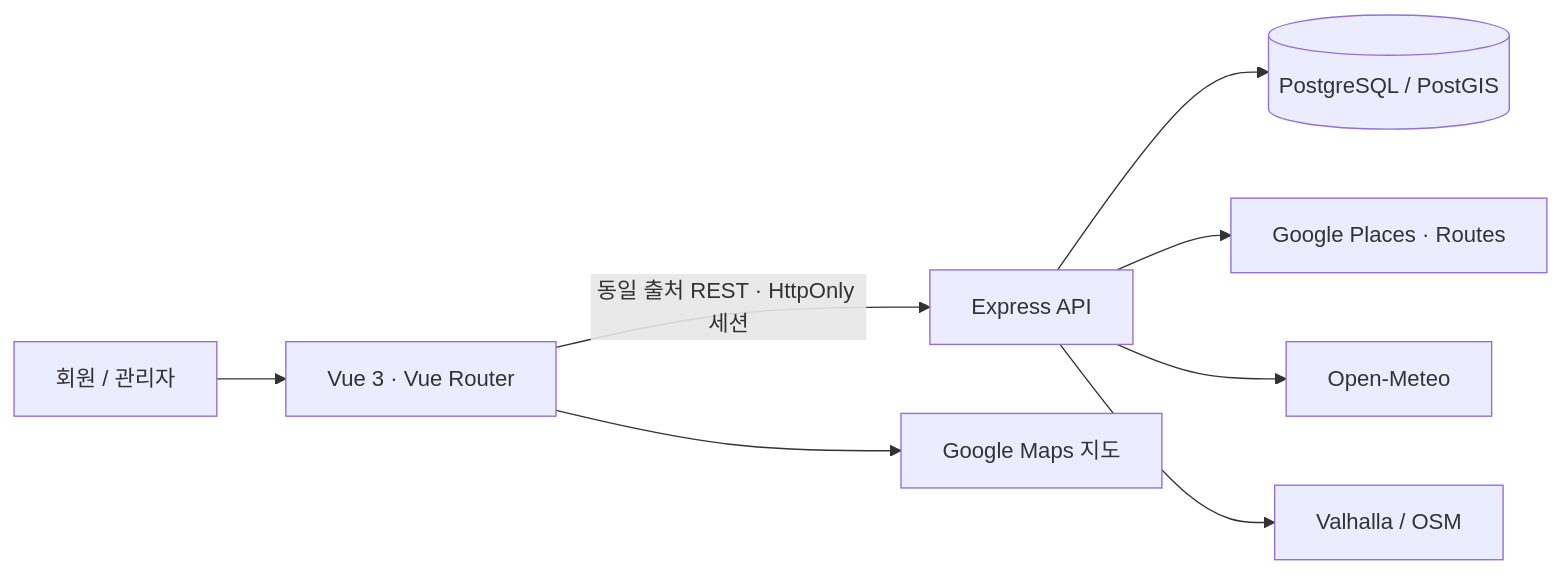
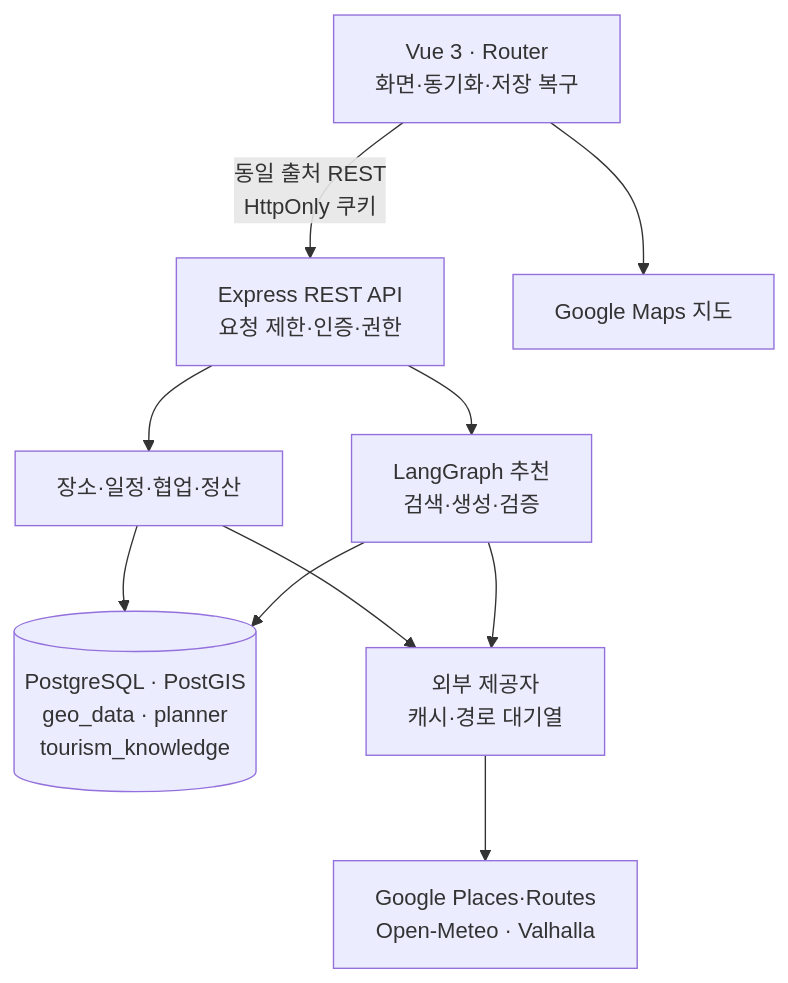
One commit to cres17/bookhaedo changed the second of 6 diagrams in README.md. Above: the diagram before and after it, drawn with Mermaid. The commit also changed other lines of this file, not shown here.

Commit message:
docs: align README with v2 architecture and workflows

````diff
--- a/README.md
+++ b/README.md
@@ -132,10 +136,12 @@
 ```mermaid
-flowchart LR
-  U[회원 / 관리자] --> V[Vue 3 · Vue Router]
-  V -->|동일 출처 REST · HttpOnly 세션| A[Express API]
-  V --> M[Google Maps 지도]
-  A --> P[(PostgreSQL / PostGIS)]
-  A --> G[Google Places · Routes]
-  A --> W[Open-Meteo]
-  A --> R[Valhalla / OSM]
+flowchart TB
+  UI["Vue 3 · Router<br/>화면·동기화·저장 복구"] -->|"동일 출처 REST<br/>HttpOnly 쿠키"| API["Express REST API<br/>요청 제한·인증·권한"]
+  UI --> Map["Google Maps 지도"]
+  API --> Services["장소·일정·협업·정산"]
+  API --> Graph["LangGraph 추천<br/>검색·생성·검증"]
+  Services --> DB[("PostgreSQL · PostGIS<br/>geo_data · planner<br/>tourism_knowledge")]
+  Graph --> DB
+  Services --> Providers["외부 제공자<br/>캐시·경로 대기열"]
+  Graph --> Providers
+  Providers --> External["Google Places·Routes<br/>Open-Meteo · Valhalla"]
 ```
````
